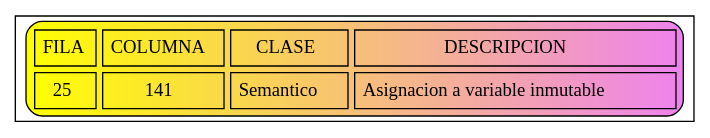
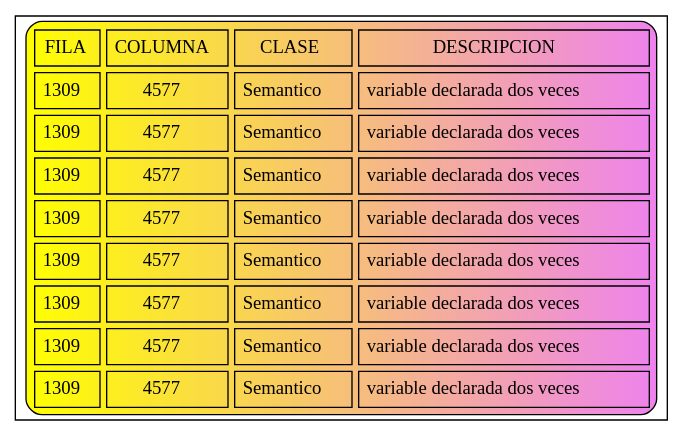
Before and after one commit to JoseMore99/OLC2_P1_201701015: the diagram in Errores.dot, drawn with Graphviz. The commit also changed 36 other files, not shown here.

```diff
--- a/Errores.dot
+++ b/Errores.dot
@@ -1,7 +1,14 @@
 digraph G{
 node [shape=record];
 a0 [label=<<TABLE border="1" cellspacing="5" cellpadding="5" style="rounded" bgcolor="yellow:violet">
 "<TR><TD>FILA</TD><TD>COLUMNA</TD><TD>CLASE</TD><TD>DESCRIPCION</TD></TR>
-<TR><TD>25</TD><TD>141</TD><TD>Semantico</TD><TD>Asignacion a variable inmutable</TD></TR>
+<TR><TD>1309</TD><TD>4577</TD><TD>Semantico</TD><TD>variable declarada dos veces</TD></TR>
+<TR><TD>1309</TD><TD>4577</TD><TD>Semantico</TD><TD>variable declarada dos veces</TD></TR>
+<TR><TD>1309</TD><TD>4577</TD><TD>Semantico</TD><TD>variable declarada dos veces</TD></TR>
+<TR><TD>1309</TD><TD>4577</TD><TD>Semantico</TD><TD>variable declarada dos veces</TD></TR>
+<TR><TD>1309</TD><TD>4577</TD><TD>Semantico</TD><TD>variable declarada dos veces</TD></TR>
+<TR><TD>1309</TD><TD>4577</TD><TD>Semantico</TD><TD>variable declarada dos veces</TD></TR>
+<TR><TD>1309</TD><TD>4577</TD><TD>Semantico</TD><TD>variable declarada dos veces</TD></TR>
+<TR><TD>1309</TD><TD>4577</TD><TD>Semantico</TD><TD>variable declarada dos veces</TD></TR>
 </TABLE>>];
 }
```
